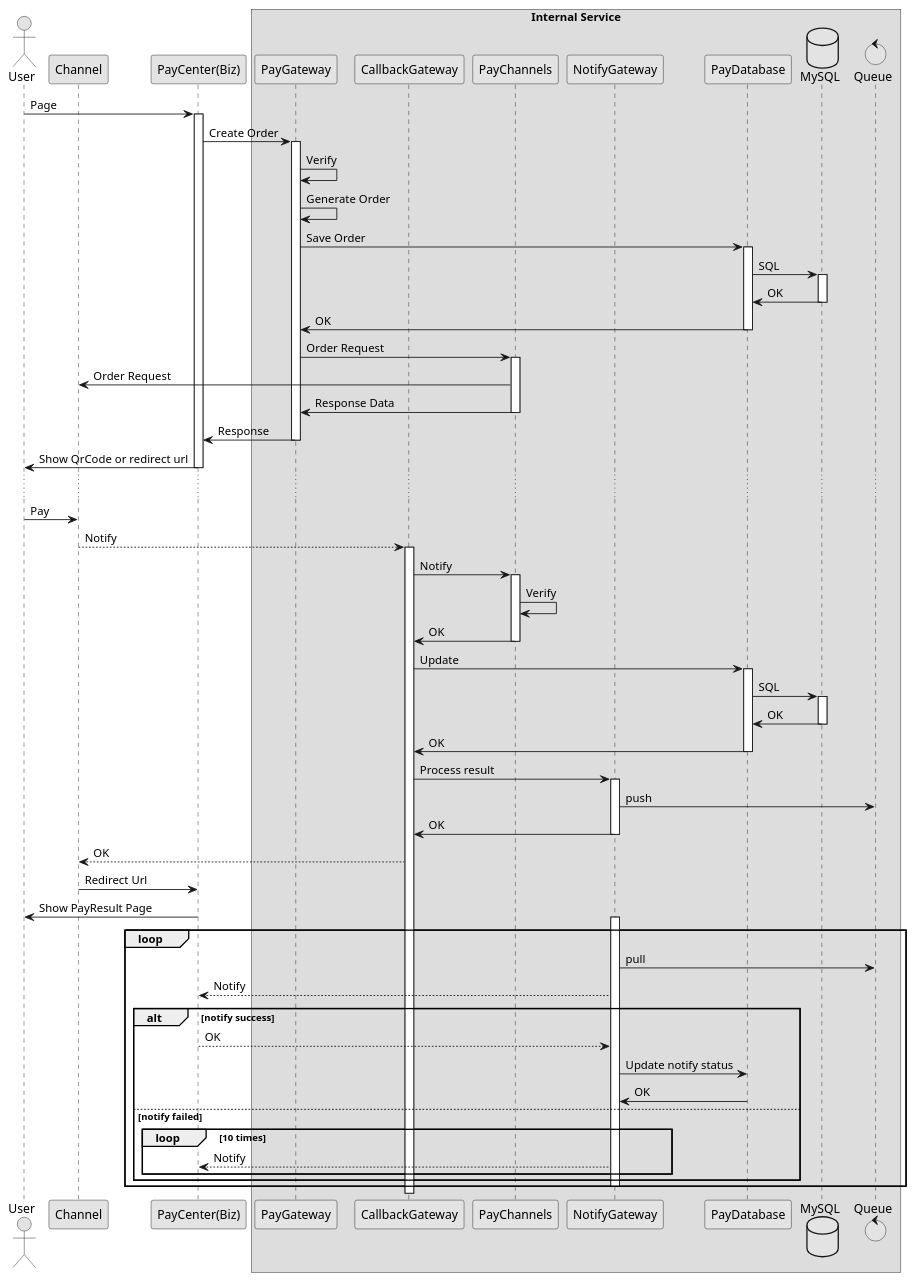
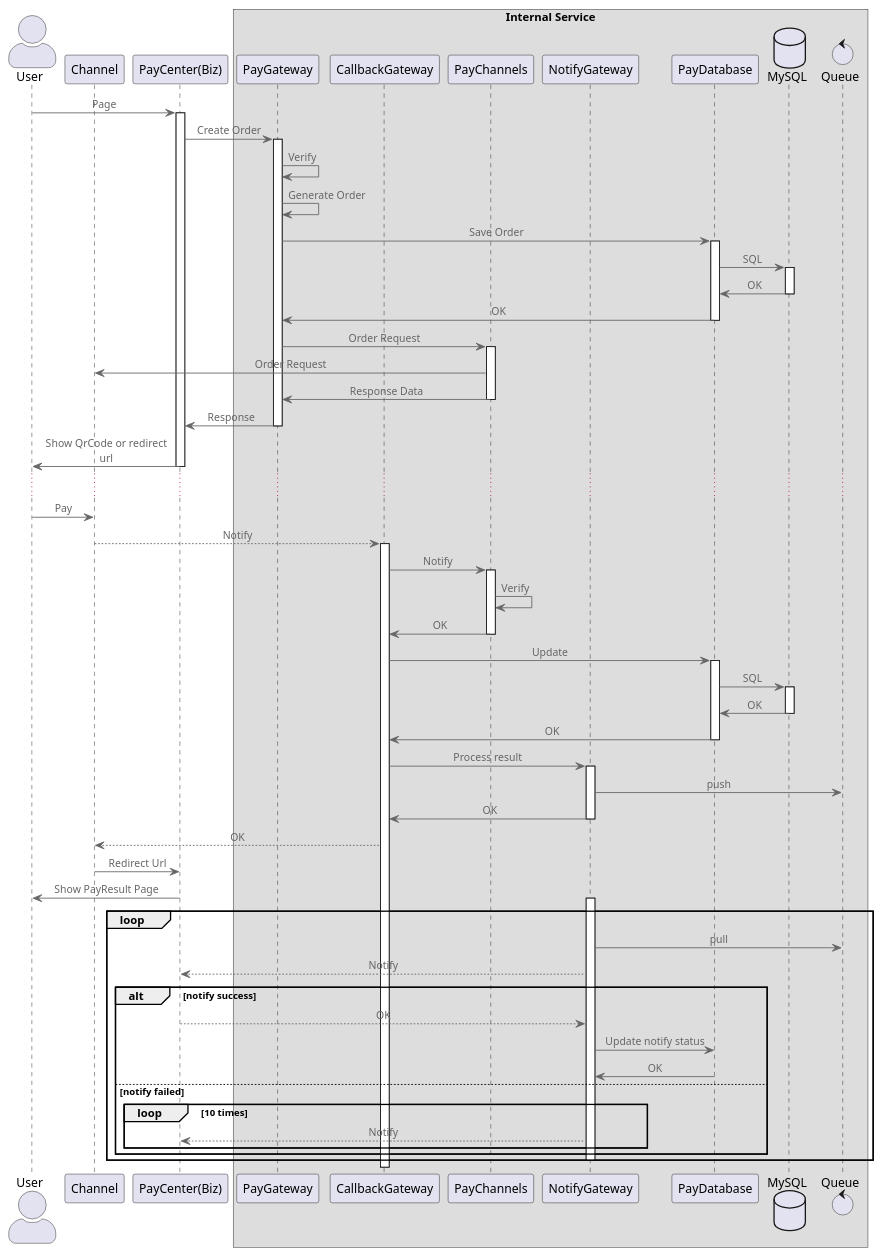
The first of 2 diagrams in source/_posts/pay-design-architecture.md (blademainer/blog), drawn with PlantUML before and after one commit. The commit also changed other lines of this file, not shown here.

```diff
--- a/source/_posts/pay-design-architecture.md
+++ b/source/_posts/pay-design-architecture.md
@@ -24,5 +24,7 @@
 {% plantuml %}
-skinparam monochrome true
+!includeurl https://raw.githubusercontent.com/blademainer/plantuml-style-c4/master/c4_component.puml
+
+'skinparam monochrome true
 
 actor User
 participant "Channel" as E
```
